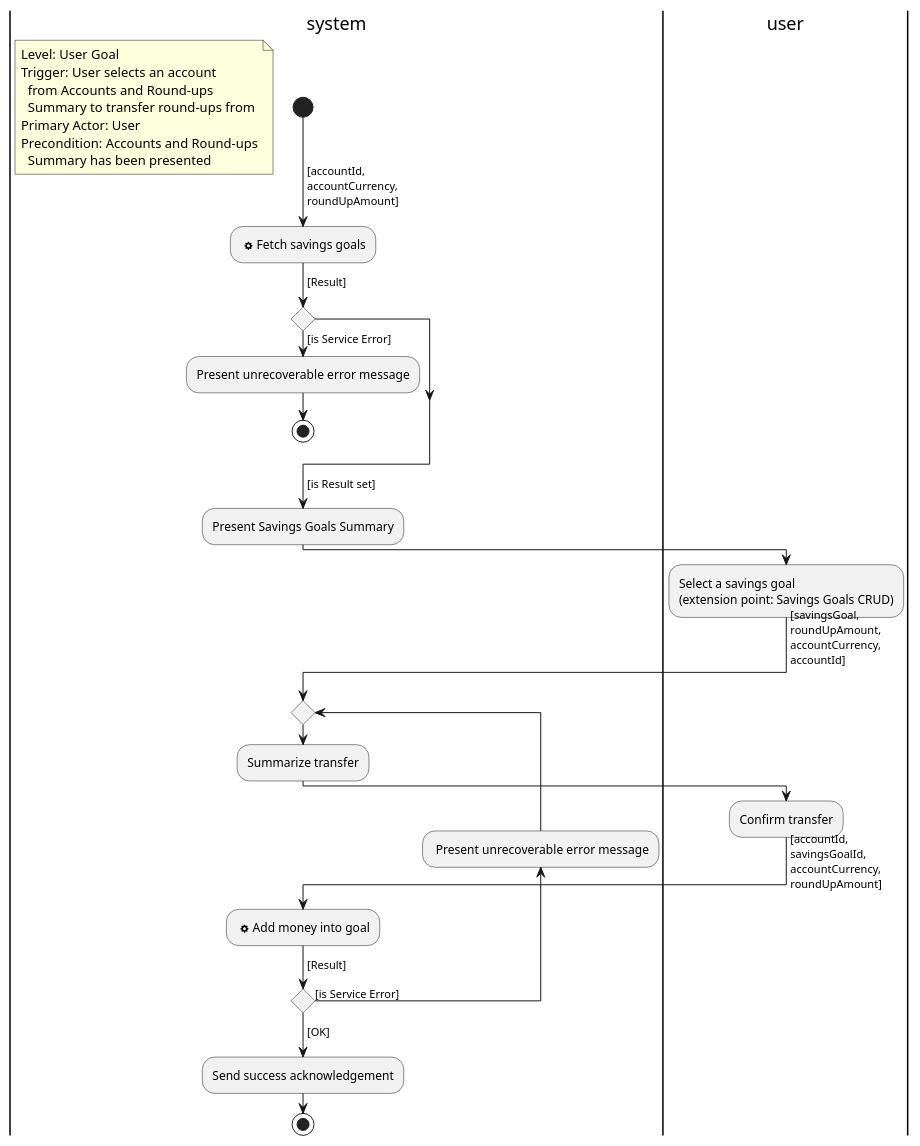
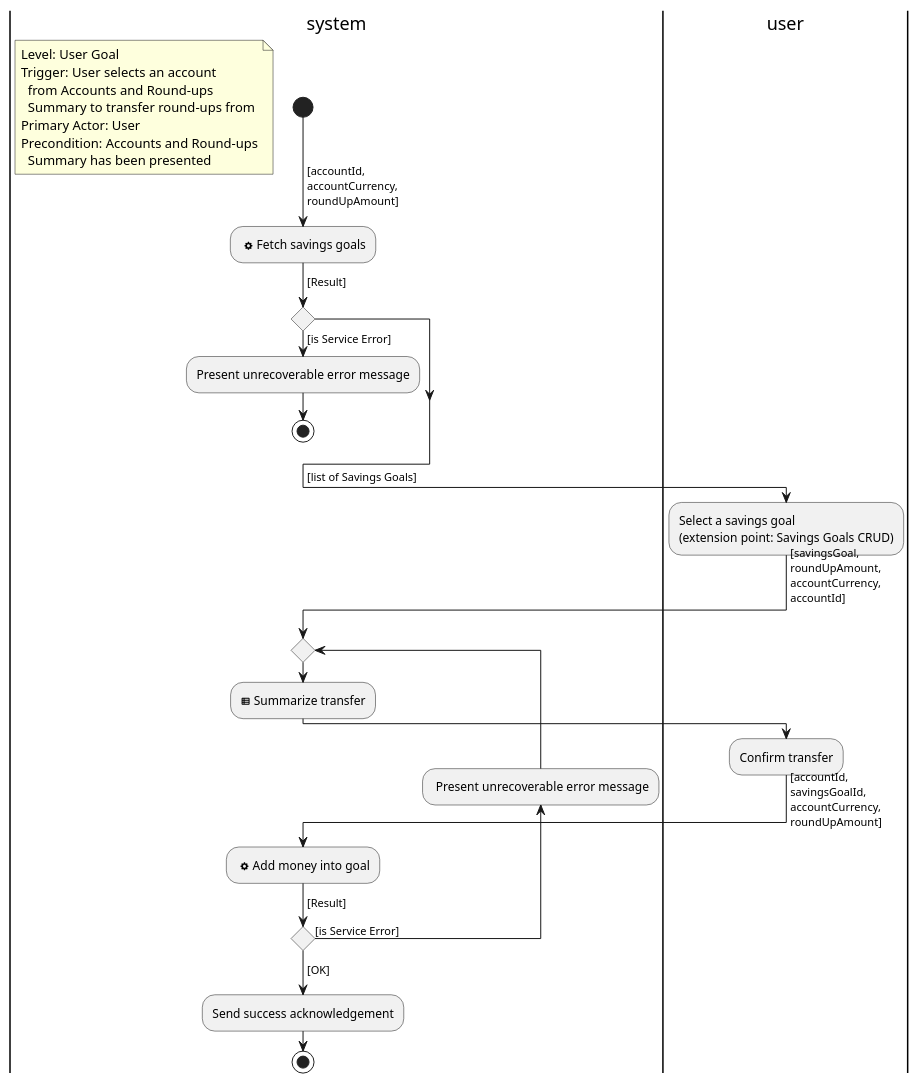
The diagram in diagrams/User Goal/Transfer Round-up Activity Diagram.puml (hristo-stefanov/MiniBankingDemo), drawn with PlantUML before and after one commit.

Commit message:
Update Transfer Round-up Activity Diagram.puml

```diff
--- a/diagrams/User Goal/Transfer Round-up Activity Diagram.puml
+++ b/diagrams/User Goal/Transfer Round-up Activity Diagram.puml
@@ -1,76 +1,75 @@
 @startuml
 'https://plantuml.com/activity-diagram-beta
 
 |system|
 start
 
 floating note left
 Level: User Goal
 Trigger: User selects an account
   from Accounts and Round-ups
   Summary to transfer round-ups from
 Primary Actor: User
 Precondition: Accounts and Round-ups
   Summary has been presented
 endnote
 
 'passed to SavingsGoalsFragment
 -> [accountId,
 accountCurrency,
 roundUpAmount];
 
-|system|
-
 'ListSavingGoalsInteractor
 : <&cog> Fetch savings goals;
 -> [Result];
 
 'SavingsGoalsViewModel
 if () then ([is Service Error])
     'displays a dialog, not a snackbar
     'doesn't return to the main screen
     :Present unrecoverable error message; <<sendSignal>>
     stop
 endif
--> [is Result set];
 
-:Present Savings Goals Summary; <<sendSignal>>
+-> [list of Savings Goals];
+
 |user|
 :Select a savings goal
 (extension point: Savings Goals CRUD);
+
 |system|
 'passed to TransferConfirmationFragment
 ->[savingsGoal,
 roundUpAmount,
 accountCurrency,
 accountId]
 ;
 
 repeat
 'TransferConfirmationViewModel
-:Summarize transfer;
+:<&spreadsheet> Summarize transfer;
 
 |user|
 :Confirm transfer;
 -> [accountId,
 savingsGoalId,
 accountCurrency,
 roundUpAmount];
 |system|
 'AddMoneyIntoGoalInteractor
 : <&cog> Add money into goal;
 -> [Result];
 
 'displays a dialog, not a snackbar
 backward: Present unrecoverable error message; <<sendSignal>>
 
 repeat while () is ([is Service Error])
 -> [OK];
 
 'TransferConfirmationViewModel
 'and returns to the main screen - navigationChannel.send(Navigation.Before(R.id.savingsGoalsDestination))
 :Send success acknowledgement; <<sendSignal>>
 
 stop
 
 @enduml
```
